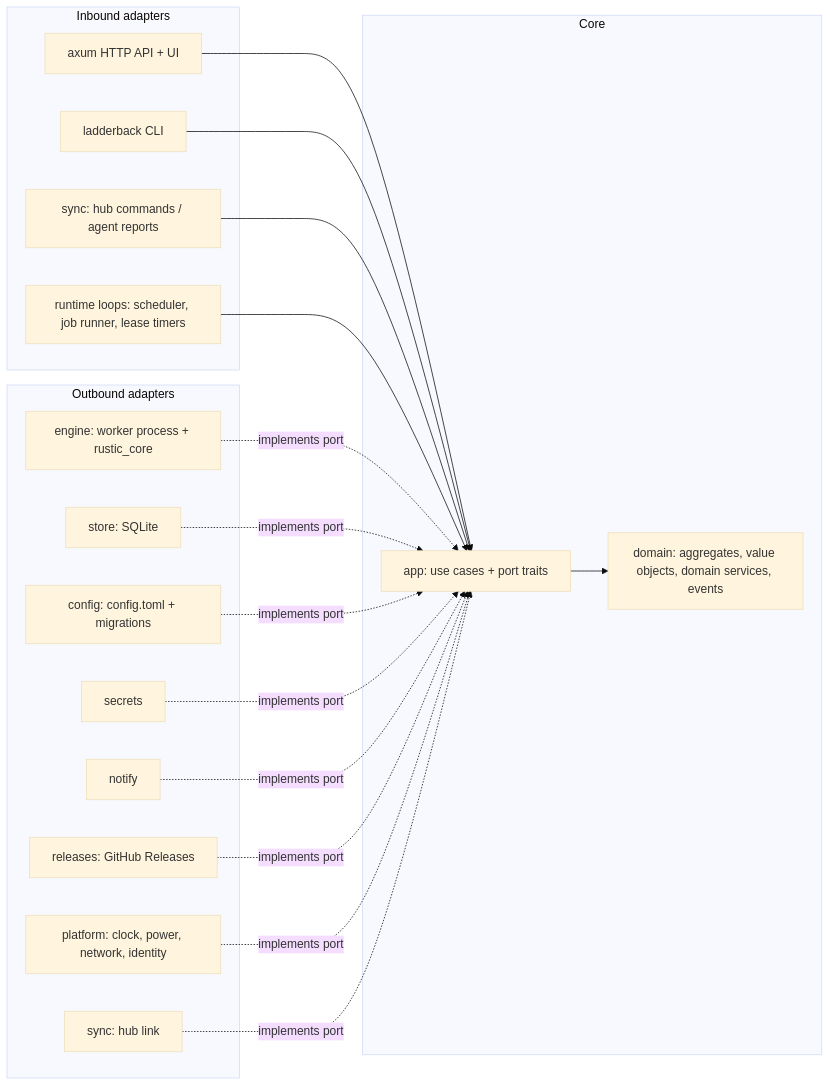
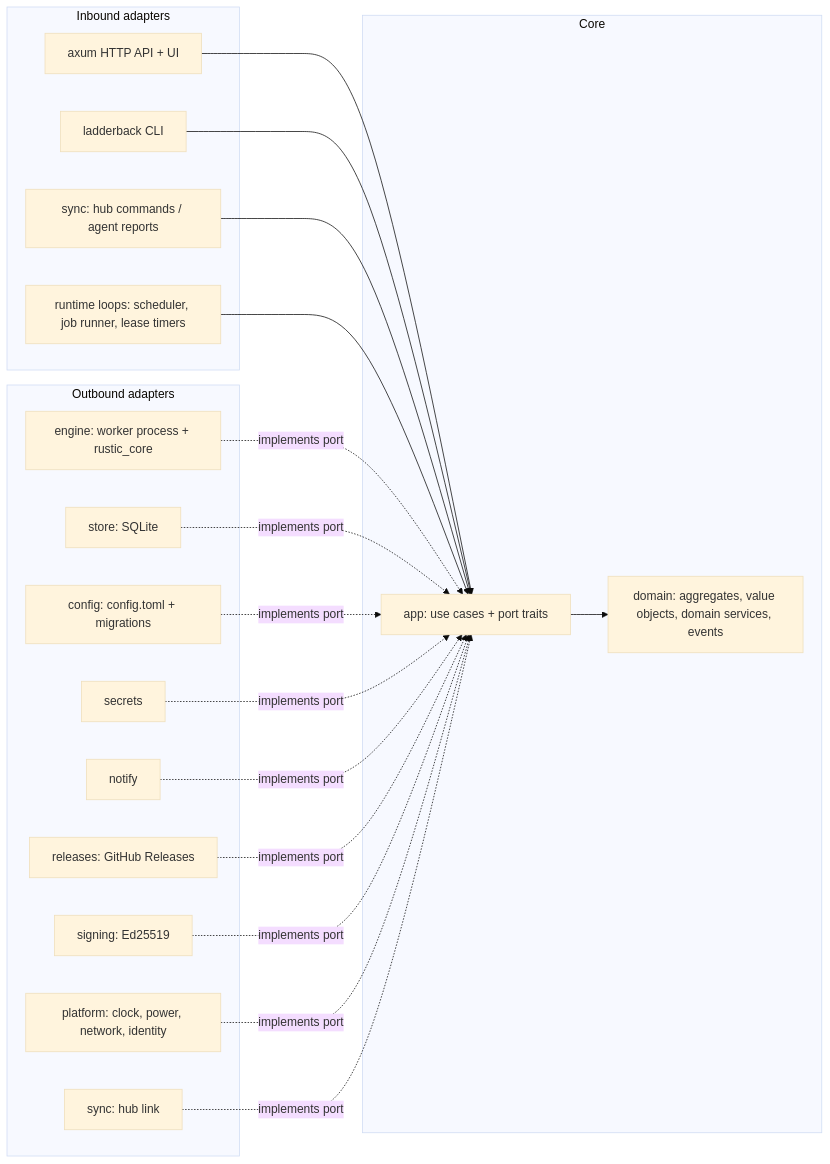
One commit to nledford/Ladderback changed the diagram in docs/design/architecture.md. Above: the diagram before and after it, drawn with Mermaid (base theme). The commit also changed other lines of this file and 40 other files, not shown here.

````diff
--- a/docs/design/architecture.md
+++ b/docs/design/architecture.md
@@ -162,36 +164,38 @@
 ```mermaid
 flowchart LR
   subgraph Inbound adapters
     HTTP[axum HTTP API + UI]
     CLI[ladderback CLI]
     SYNCIN[sync: hub commands / agent reports]
     LOOPS[runtime loops: scheduler, job runner, lease timers]
   end
   subgraph Core
     APP[app: use cases + port traits]
     DOM[domain: aggregates, value objects, domain services, events]
   end
   subgraph Outbound adapters
     ENG[engine: worker process + rustic_core]
     STORE[store: SQLite]
     CFG[config: config.toml + migrations]
     SEC[secrets]
     NOTE[notify]
     REL[releases: GitHub Releases]
+    SIGN[signing: Ed25519]
     PLAT[platform: clock, power, network, identity]
     SYNCOUT[sync: hub link]
   end
   HTTP --> APP
   CLI --> APP
   SYNCIN --> APP
   LOOPS --> APP
   APP --> DOM
   ENG -. implements port .-> APP
   STORE -. implements port .-> APP
   CFG -. implements port .-> APP
   SEC -. implements port .-> APP
   NOTE -. implements port .-> APP
   REL -. implements port .-> APP
+  SIGN -. implements port .-> APP
   PLAT -. implements port .-> APP
   SYNCOUT -. implements port .-> APP
 ```
````
